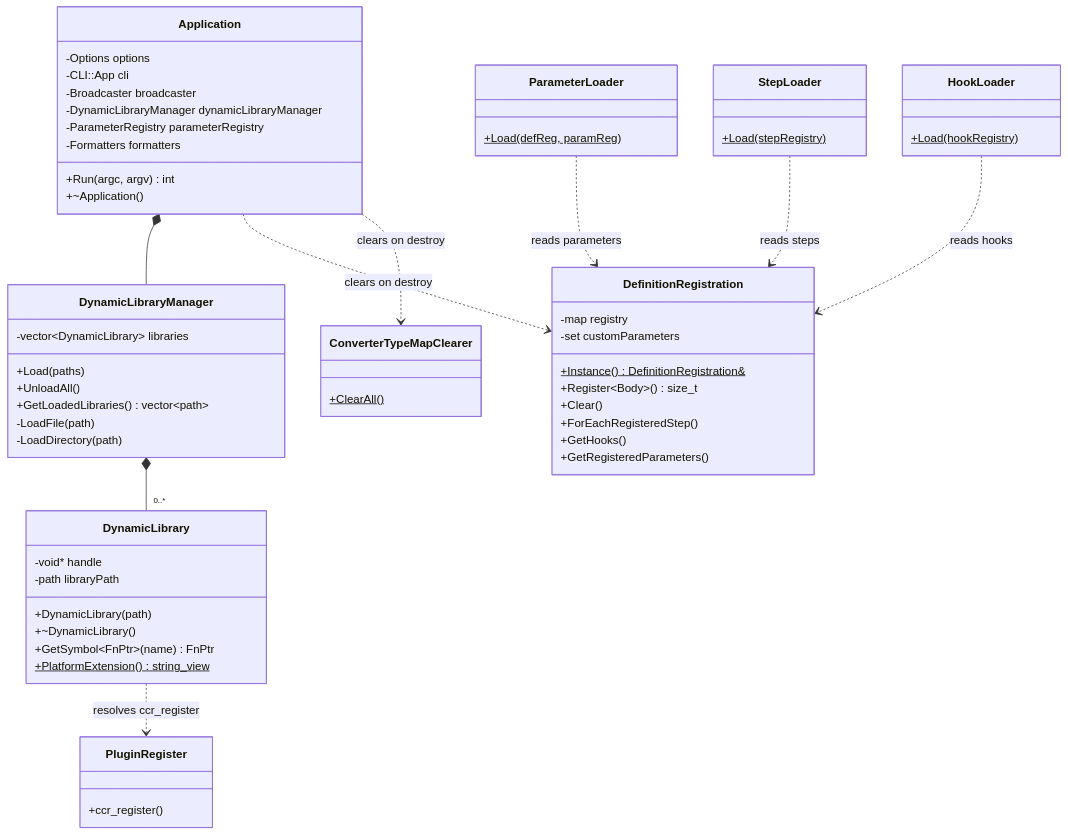
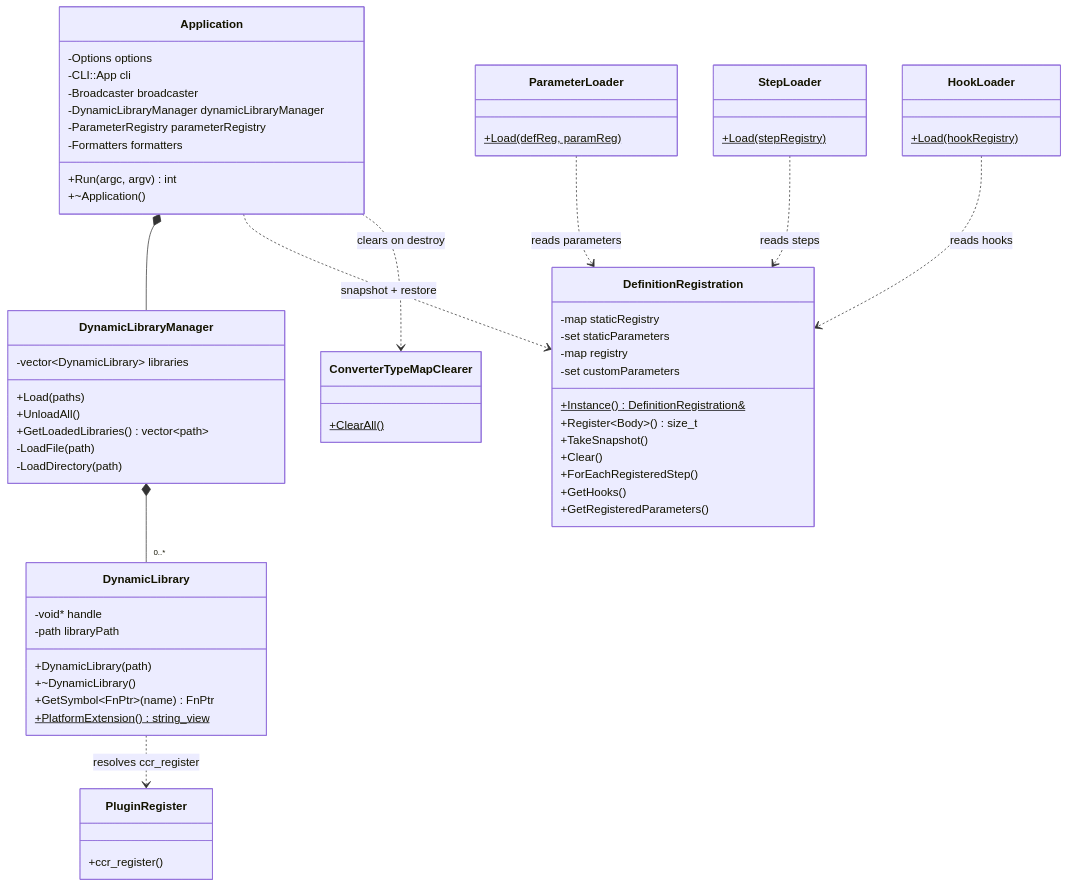
Before and after one commit to philips-software/amp-cucumber-cpp-runner: the first of 4 diagrams in cucumber_cpp/library/plugin/PLUGIN_ARCHITECTURE.md, drawn with Mermaid. The commit also changed other lines of this file and 3 other files, not shown here.

Commit message:
Implement dynamic plugin support with snapshot management in DefinitionRegistration

````diff
--- a/cucumber_cpp/library/plugin/PLUGIN_ARCHITECTURE.md
+++ b/cucumber_cpp/library/plugin/PLUGIN_ARCHITECTURE.md
@@ -5,71 +30,74 @@
 ```mermaid
 classDiagram
     class Application {
         -Options options
         -CLI::App cli
         -Broadcaster broadcaster
         -DynamicLibraryManager dynamicLibraryManager
         -ParameterRegistry parameterRegistry
         -Formatters formatters
         +Run(argc, argv) int
         +~Application()
     }
 
     class DynamicLibraryManager {
         -vector~DynamicLibrary~ libraries
         +Load(paths)
         +UnloadAll()
         +GetLoadedLibraries() vector~path~
         -LoadFile(path)
         -LoadDirectory(path)
     }
 
     class DynamicLibrary {
         -void* handle
         -path libraryPath
         +DynamicLibrary(path)
         +~DynamicLibrary()
         +GetSymbol~FnPtr~(name) FnPtr
         +PlatformExtension()$ string_view
     }
 
     class DefinitionRegistration {
+        -map staticRegistry
+        -set staticParameters
         -map registry
         -set customParameters
         +Instance()$ DefinitionRegistration&
         +Register~Body~() size_t
+        +TakeSnapshot()
         +Clear()
         +ForEachRegisteredStep()
         +GetHooks()
         +GetRegisteredParameters()
     }
 
     class ParameterLoader {
         +Load(defReg, paramReg)$
     }
 
     class StepLoader {
         +Load(stepRegistry)$
     }
 
     class HookLoader {
         +Load(hookRegistry)$
     }
 
     class PluginRegister {
         +ccr_register()
     }
 
     class ConverterTypeMapClearer {
         +ClearAll()$
     }
 
     Application *-- DynamicLibraryManager
     DynamicLibraryManager *-- "0..*" DynamicLibrary
     DynamicLibrary ..> PluginRegister : resolves ccr_register
-    Application ..> DefinitionRegistration : clears on destroy
+    Application ..> DefinitionRegistration : snapshot + restore
     Application ..> ConverterTypeMapClearer : clears on destroy
     ParameterLoader ..> DefinitionRegistration : reads parameters
     StepLoader ..> DefinitionRegistration : reads steps
     HookLoader ..> DefinitionRegistration : reads hooks
 ```
````
